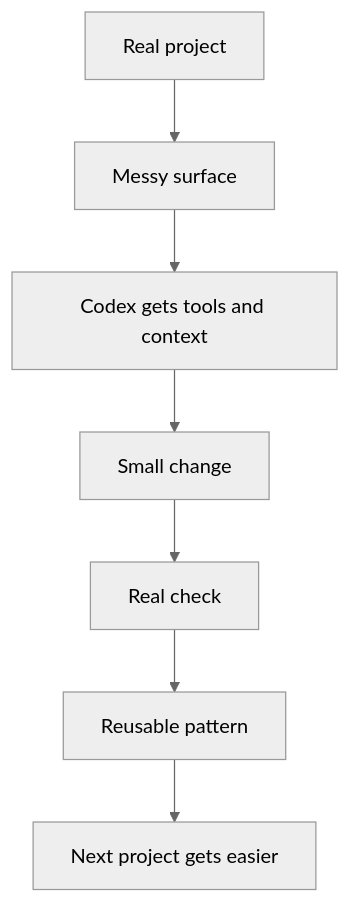
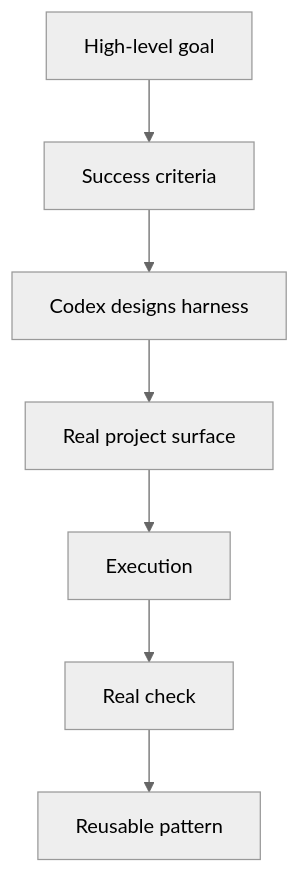
Before and after one commit to jremick/codexmaxxing: the diagram in docs/related-projects.md, drawn with Mermaid (neutral theme). The commit also changed other lines of this file and 22 other files, not shown here.

````diff
--- a/docs/related-projects.md
+++ b/docs/related-projects.md
@@ -48,9 +64,9 @@
 ```mermaid
 flowchart TD
-  A["Real project"] --> B["Messy surface"]
-  B --> C["Codex gets tools and context"]
-  C --> D["Small change"]
-  D --> E["Real check"]
-  E --> F["Reusable pattern"]
-  F --> G["Next project gets easier"]
+  A["High-level goal"] --> B["Success criteria"]
+  B --> C["Codex designs harness"]
+  C --> D["Real project surface"]
+  D --> E["Execution"]
+  E --> F["Real check"]
+  F --> G["Reusable pattern"]
 ```
````
